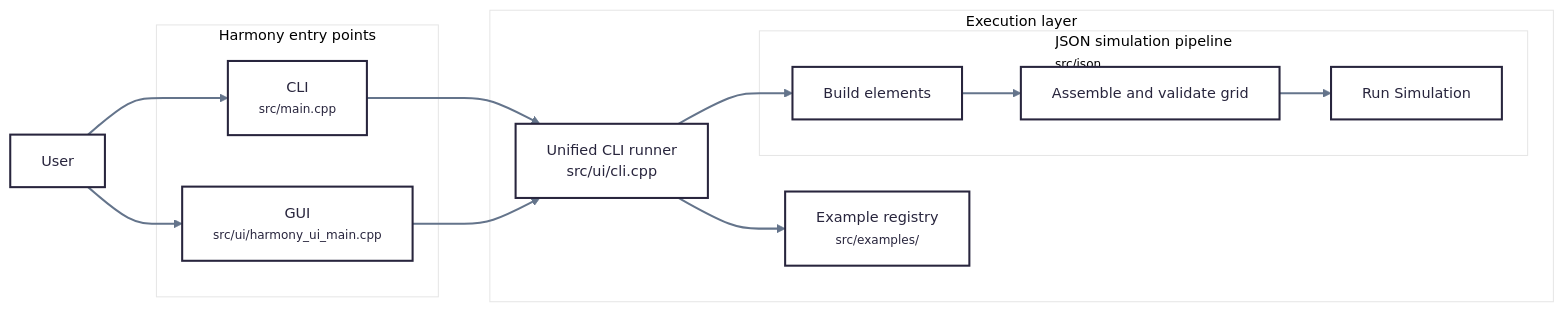
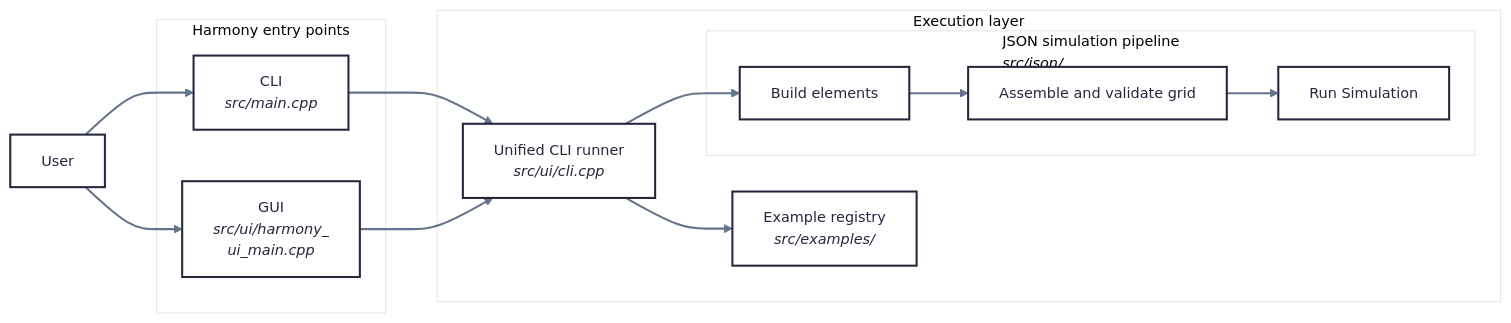
One commit to yiquintero/tmp changed the first of 16 diagrams in class_diagram.md. Above: the diagram before and after it, drawn with Mermaid.

Commit message:
Update class diagram formatting for file paths

````diff
--- a/class_diagram.md
+++ b/class_diagram.md
@@ -6,29 +6,29 @@
 ```mermaid
 ---
 config:
   theme: redux-color
   themeVariables:
     lineColor: '#64748B'
 ---
 flowchart LR
   subgraph ENTRY["Harmony entry points"]
-    CLI["CLI<br><small>src/main.cpp</small>"]
-    GUI["GUI<br><small>src/ui/harmony_ui_main.cpp</small>"]
+    CLI["CLI<br><i>src/main.cpp</i>"]
+    GUI["GUI<br><i>src/ui/harmony_<br>ui_main.cpp</i>"]
   end
   subgraph RUN["Execution layer"]
-    RUNNER["Unified CLI runner<br>src/ui/cli.cpp"]
-    CPPREG["Example registry<br><small>src/examples/</small>"]
+    RUNNER["Unified CLI runner<br><i>src/ui/cli.cpp</i>"]
+    CPPREG["Example registry<br><i>src/examples/</i>"]
     JSONPIPE
   end
-  subgraph JSONPIPE["JSON simulation pipeline<br><small>src/json</small>"]
+  subgraph JSONPIPE["JSON simulation pipeline<br><i>src/json/</i>"]
     J1["Build elements"]
     J2["Assemble and validate grid"]
     J3["Run Simulation"]
   end
   J1 --> J2
   J2 --> J3
   USER["User"] --> CLI & GUI
   CLI --> RUNNER
   GUI --> RUNNER
   RUNNER --> CPPREG & J1
 ```
````
